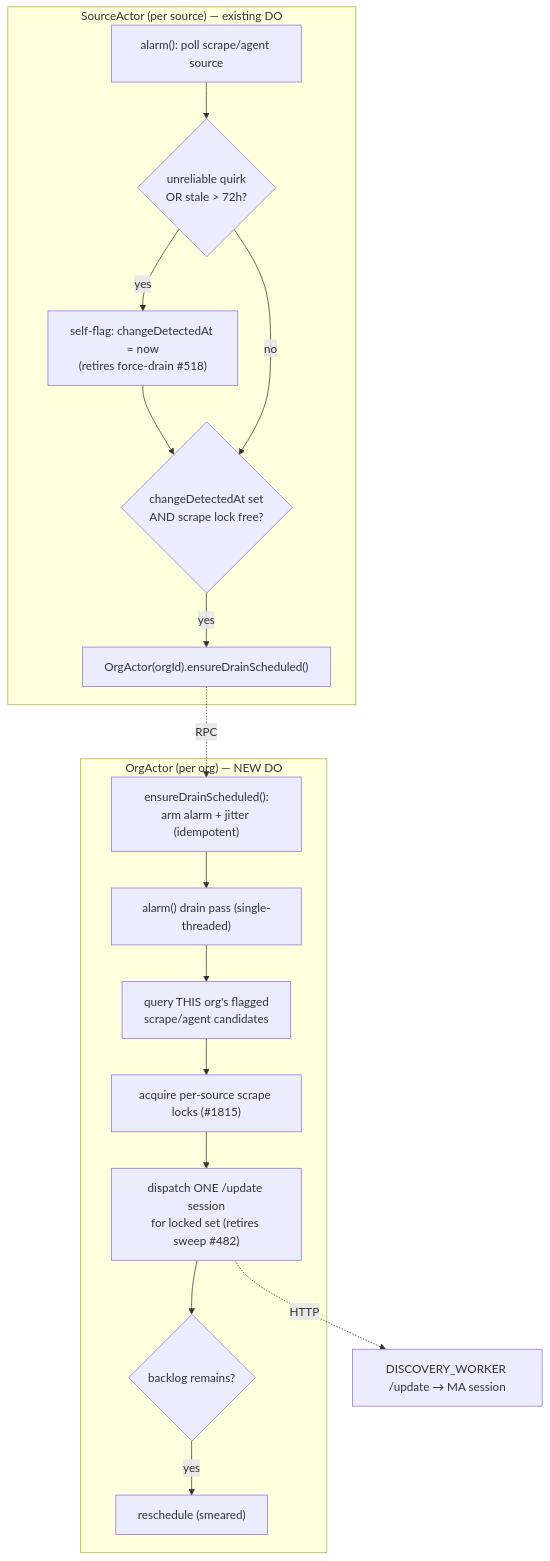
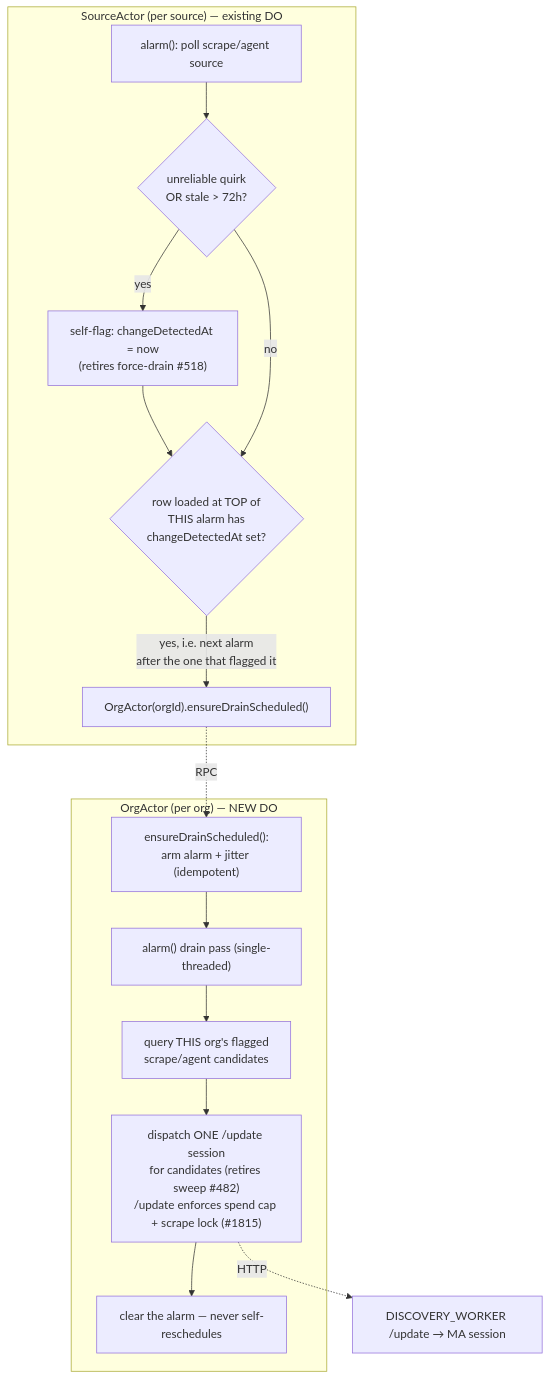
Before and after one commit to buildinternet/releases: the diagram in docs/superpowers/specs/2026-07-01-orgactor-drain-coordinator-design.md, drawn with Mermaid. The commit also changed other lines of this file and 4 other files, not shown here.

````diff
--- a/docs/superpowers/specs/2026-07-01-orgactor-drain-coordinator-design.md
+++ b/docs/superpowers/specs/2026-07-01-orgactor-drain-coordinator-design.md
@@ -63,28 +63,25 @@
 ```mermaid
 flowchart TD
   subgraph SA["SourceActor (per source) — existing DO"]
     A1["alarm(): poll scrape/agent source"]
     A2{"unreliable quirk<br/>OR stale > 72h?"}
     A3["self-flag: changeDetectedAt = now<br/>(retires force-drain #518)"]
-    A4{"changeDetectedAt set<br/>AND scrape lock free?"}
+    A4{"row loaded at TOP of<br/>THIS alarm has<br/>changeDetectedAt set?"}
     A5["OrgActor(orgId).ensureDrainScheduled()"]
     A1 --> A2 -->|yes| A3 --> A4
     A2 -->|no| A4
-    A4 -->|yes| A5
+    A4 -->|yes, i.e. next alarm<br/>after the one that flagged it| A5
   end
 
   subgraph OA["OrgActor (per org) — NEW DO"]
     B1["ensureDrainScheduled():<br/>arm alarm + jitter (idempotent)"]
     B2["alarm() drain pass (single-threaded)"]
     B3["query THIS org's flagged<br/>scrape/agent candidates"]
-    B4["acquire per-source scrape locks (#1815)"]
-    B5["dispatch ONE /update session<br/>for locked set (retires sweep #482)"]
-    B6{"backlog remains?"}
-    B7["reschedule (smeared)"]
-    B1 --> B2 --> B3 --> B4 --> B5 --> B6
-    B6 -->|yes| B7
+    B5["dispatch ONE /update session<br/>for candidates (retires sweep #482)<br/>/update enforces spend cap + scrape lock (#1815)"]
+    B6["clear the alarm — never self-reschedules"]
+    B1 --> B2 --> B3 --> B5 --> B6
   end
 
   A5 -.RPC.-> B1
   B5 -.HTTP.-> DW["DISCOVERY_WORKER /update → MA session"]
 ```
````
